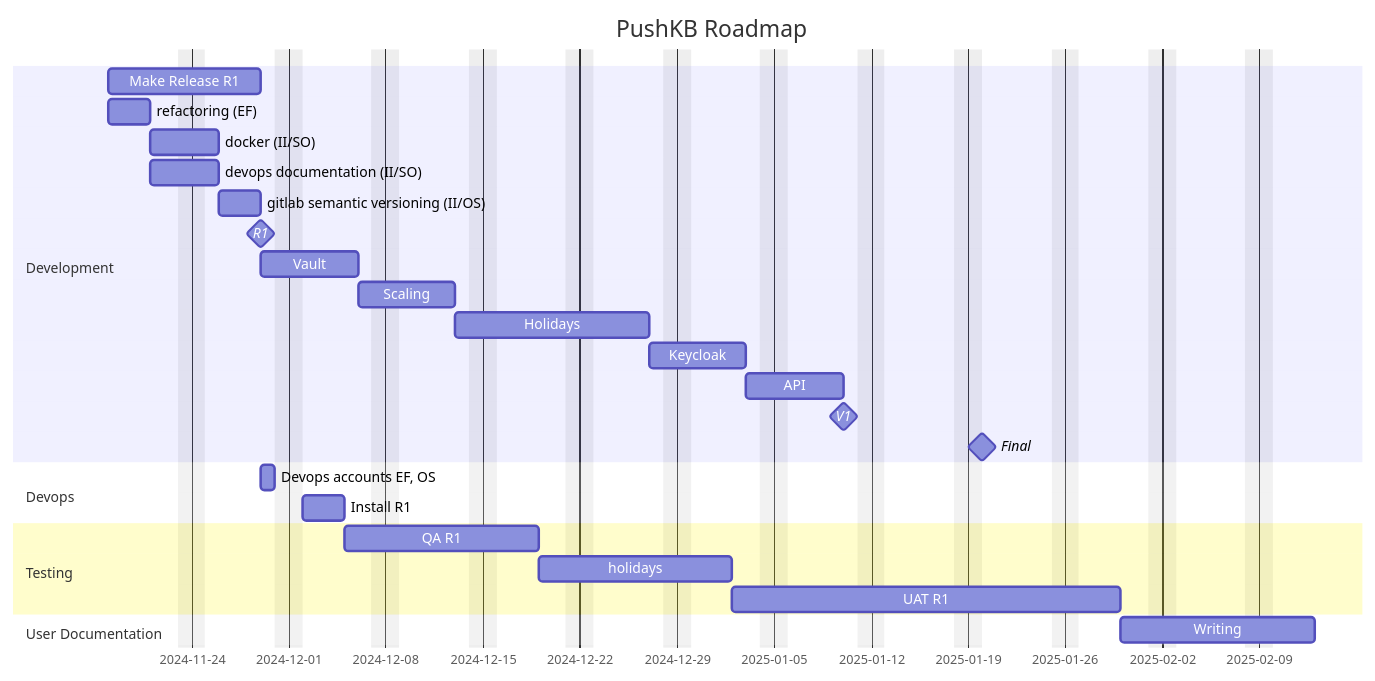
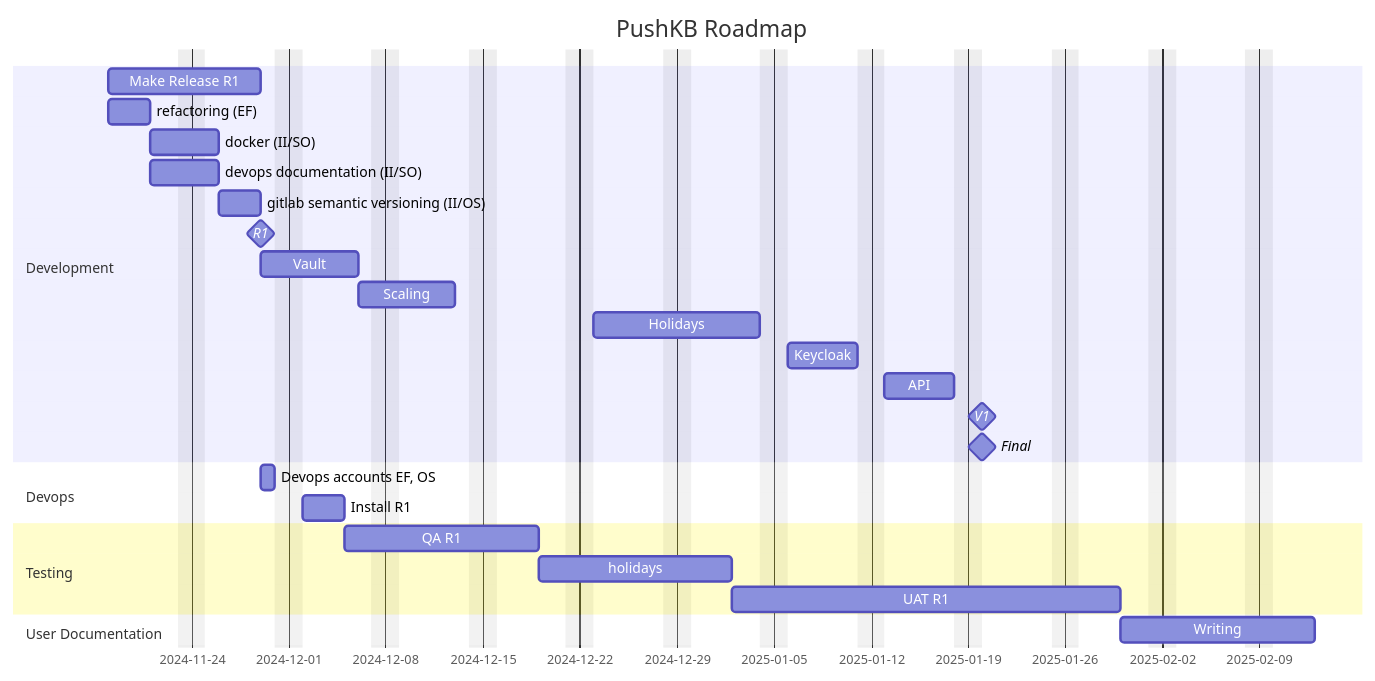
The diagram in docs/roadmap.md (julianladisch/pushkb), drawn with Mermaid before and after one commit.

````diff
--- a/docs/roadmap.md
+++ b/docs/roadmap.md
@@ -3,34 +3,34 @@
 ```mermaid
 gantt
     title PushKB Roadmap
     dateFormat  YYYY-MM-DD
     excludes    weekends
 
     section Development
     Make Release R1                    :t3-0, 2024-11-18, 9d
     refactoring (EF)                   :t3-0-1, 2024-11-18, 3d
     docker (II/SO)                     :t3-0-2, after t3-0-1, 3d
     devops documentation (II/SO)       :t3-0-3, after t3-0-1, 3d
     gitlab semantic versioning (II/OS) :t3-0-4, after t3-0-3, 3d
     R1                                 :milestone, after t3-0, 0d
     Vault                              :t3-1, after t3-0, 5d
     Scaling                            :t3-2, after t3-1, 5d
-    Holidays                           :thols1, after t3-2, 10d
+    Holidays                           :thols1, 2024-12-23, 10d
     Keycloak                           :t3-3, after thols1, 5d
     API                                :t3-4, after t3-3, 5d
 		V1                                 :milestone, after t3-4, 0d
 		Final                              :milestone, 2025-01-20, 0d
 
     section Devops
     Devops accounts EF, OS             :t4-1, after t3-0, 1d
     Install R1                         :t4-2, after t4-1, 3d
 
     section Testing
     QA R1                              :t5-1, after t4-2, 10d
     holidays                           :t5-2, after t5-1, 10d
     UAT R1                             :t5-3, after t5-2, 20d
 
     section User Documentation
     Writing                            :t6-1, after t5-3, 10d
 
 ```
````
